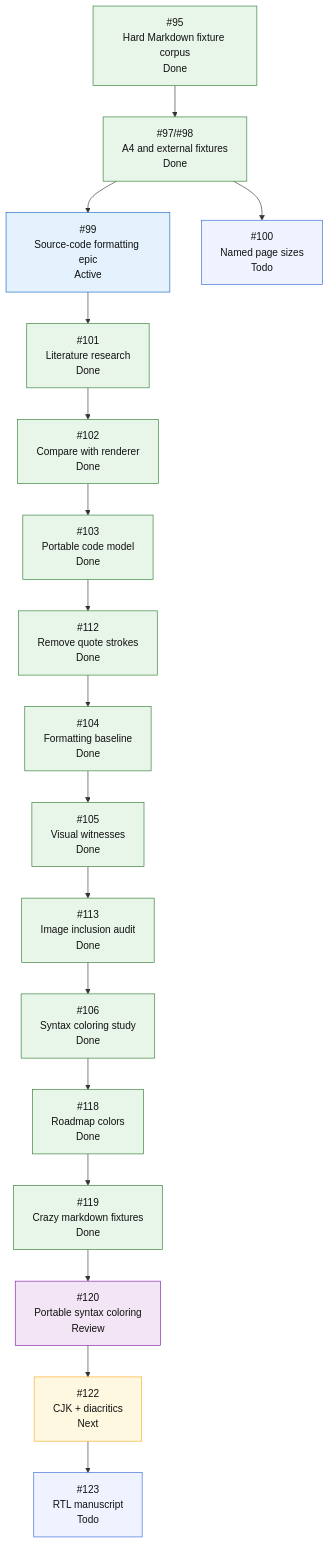
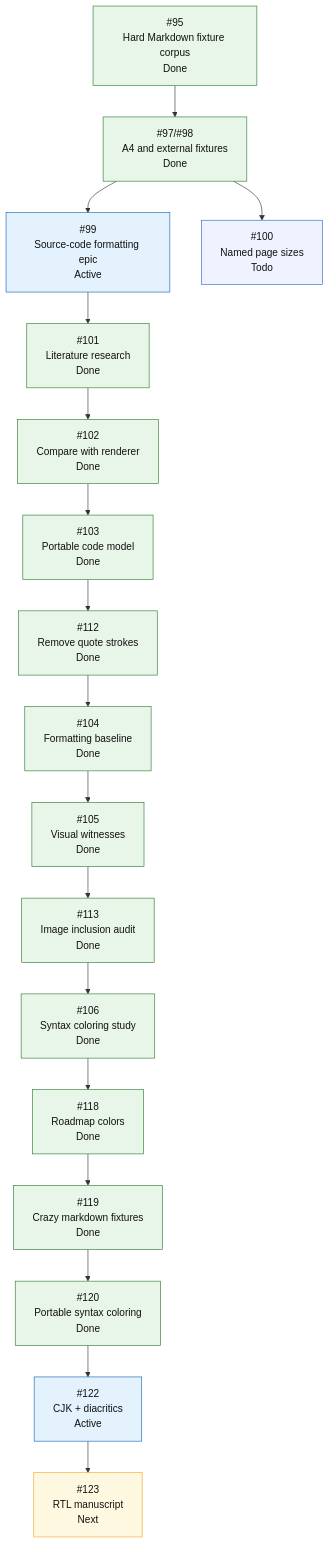
One commit to mihaelamj/MarkdownPDF changed the fifth of 5 diagrams in README.md. Above: the diagram before and after it, drawn with Mermaid. The commit also changed other lines of this file, not shown here.

Commit message:
docs(roadmap): activate cjk diacritic coverage

````diff
--- a/README.md
+++ b/README.md
@@ -440,37 +442,36 @@
 ```mermaid
 flowchart TD
     H0["#95<br/>Hard Markdown fixture corpus<br/>Done"]
     H1["#97/#98<br/>A4 and external fixtures<br/>Done"]
     H2["#99<br/>Source-code formatting epic<br/>Active"]
     H2A["#101<br/>Literature research<br/>Done"]
     H2B["#102<br/>Compare with renderer<br/>Done"]
     H2C["#103<br/>Portable code model<br/>Done"]
     H2D["#112<br/>Remove quote strokes<br/>Done"]
     H2E["#104<br/>Formatting baseline<br/>Done"]
     H2F["#105<br/>Visual witnesses<br/>Done"]
     H2G["#113<br/>Image inclusion audit<br/>Done"]
     H2H["#106<br/>Syntax coloring study<br/>Done"]
     H2I["#118<br/>Roadmap colors<br/>Done"]
     H2J["#119<br/>Crazy markdown fixtures<br/>Done"]
-    H2K["#120<br/>Portable syntax coloring<br/>Review"]
-    H2L["#122<br/>CJK + diacritics<br/>Next"]
-    H2M["#123<br/>RTL manuscript<br/>Todo"]
+    H2K["#120<br/>Portable syntax coloring<br/>Done"]
+    H2L["#122<br/>CJK + diacritics<br/>Active"]
+    H2M["#123<br/>RTL manuscript<br/>Next"]
     H3["#100<br/>Named page sizes<br/>Todo"]
 
     H0 --> H1
     H1 --> H2
     H2 --> H2A --> H2B --> H2C --> H2D --> H2E --> H2F --> H2G --> H2H --> H2I --> H2J --> H2K --> H2L --> H2M
     H1 --> H3
 
     classDef done fill:#e8f5e9,stroke:#2e7d32,color:#111;
     classDef active fill:#e3f2fd,stroke:#1565c0,color:#111;
     classDef review fill:#f3e5f5,stroke:#7b1fa2,color:#111;
     classDef next fill:#fff8e1,stroke:#f9a825,color:#111;
     classDef todo fill:#eef3ff,stroke:#3367d6,color:#111;
     class H0,H1 done;
-    class H2 active;
-    class H2A,H2B,H2C,H2D,H2E,H2F,H2G,H2H,H2I,H2J done;
-    class H2K review;
-    class H2L next;
-    class H2M,H3 todo;
+    class H2,H2L active;
+    class H2A,H2B,H2C,H2D,H2E,H2F,H2G,H2H,H2I,H2J,H2K done;
+    class H2M next;
+    class H3 todo;
 ```
````
